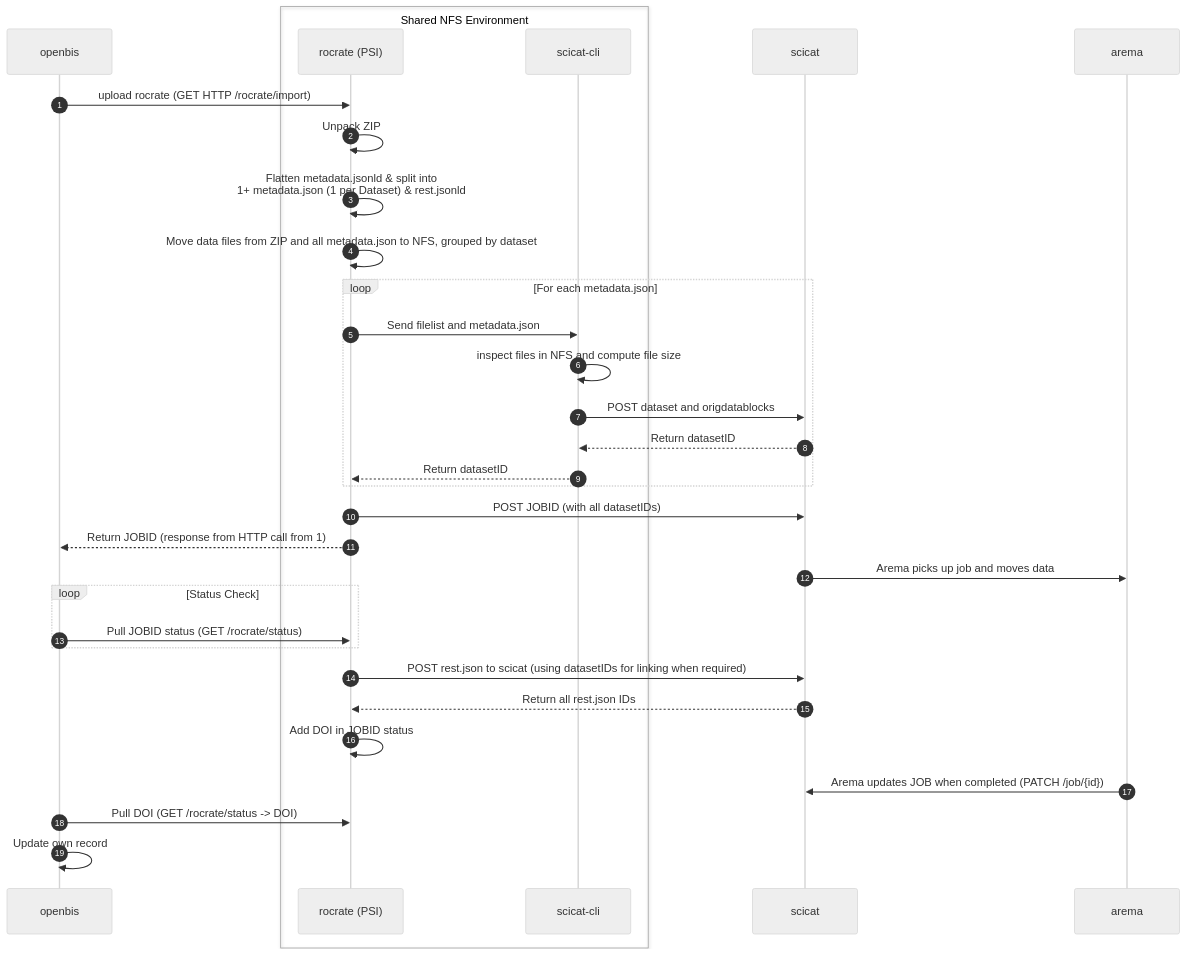
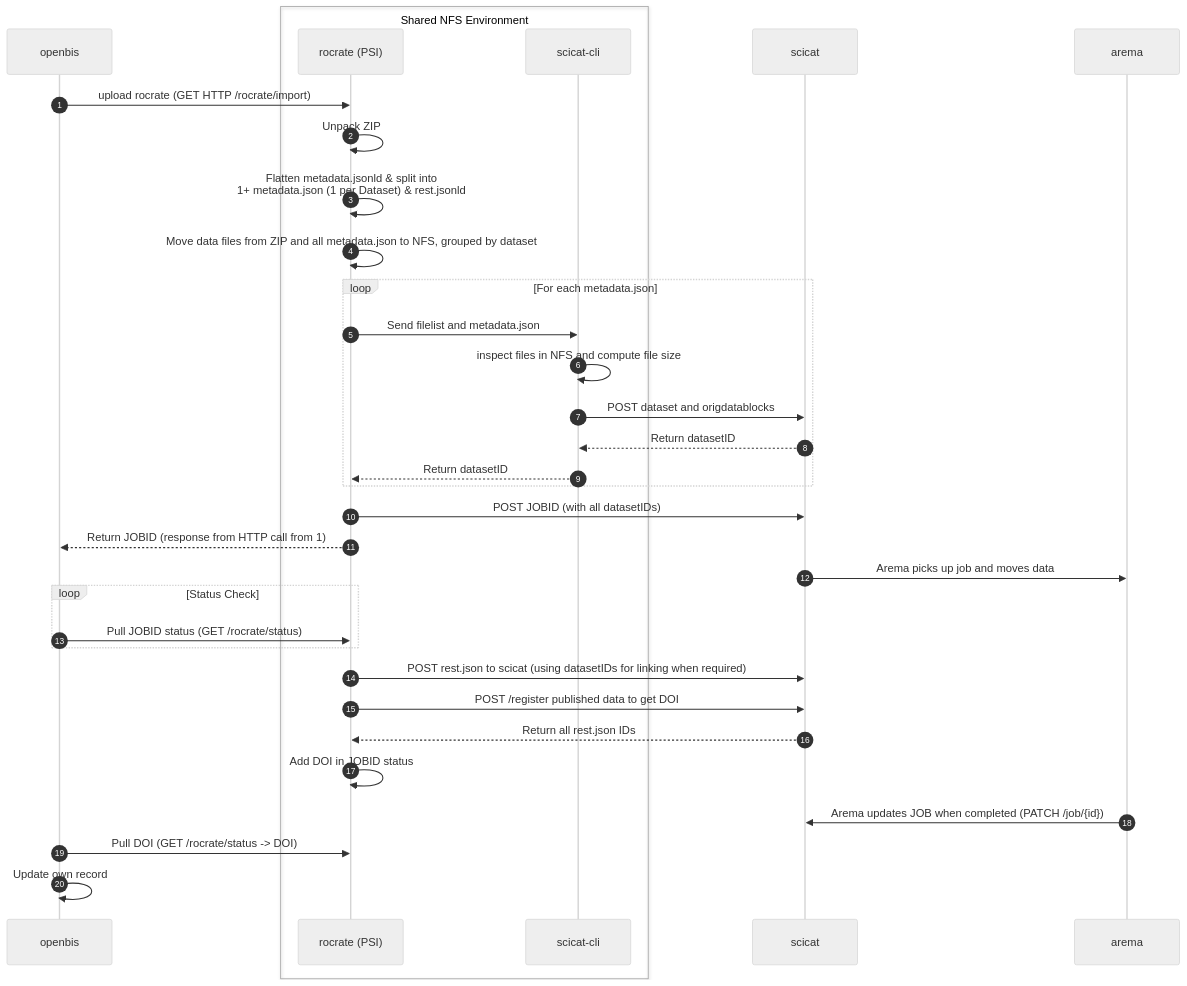
Before and after one commit to paulscherrerinstitute/scicat-rocrate: the diagram in docs/architectures/openbis-scicat.md, drawn with Mermaid (neutral theme).

Commit message:
Add register endpoint

````diff
--- a/docs/architectures/openbis-scicat.md
+++ b/docs/architectures/openbis-scicat.md
@@ -3,43 +3,44 @@
 ```mermaid
 sequenceDiagram
     autonumber
     participant openbis
 
     %% The box visually groups them as sharing the same environment
     box Transparent Shared NFS Environment
     participant rocrate as rocrate (PSI)
     participant scicat-cli
     end
 
     participant scicat
     participant arema
 
     openbis->>rocrate: upload rocrate (GET HTTP /rocrate/import)
     rocrate->>rocrate: Unpack ZIP
     rocrate->>rocrate: Flatten metadata.jsonld & split into<br/>1+ metadata.json (1 per Dataset) & rest.jsonld
     rocrate->>rocrate: Move data files from ZIP and all metadata.json to NFS, grouped by dataset
 
     loop For each metadata.json
         rocrate->>scicat-cli: Send filelist and metadata.json
         scicat-cli->>scicat-cli: inspect files in NFS and compute file size
         scicat-cli->>scicat: POST dataset and origdatablocks
         scicat-->>scicat-cli: Return datasetID
         scicat-cli-->>rocrate: Return datasetID
     end
 
     rocrate->>scicat: POST JOBID (with all datasetIDs)
     rocrate-->>openbis: Return JOBID (response from HTTP call from 1)
     scicat->>arema: Arema picks up job and moves data
 
     loop Status Check
         openbis->>rocrate: Pull JOBID status (GET /rocrate/status)
     end
 
     rocrate->>scicat: POST rest.json to scicat (using datasetIDs for linking when required)
+    rocrate->>scicat: POST /register published data to get DOI
     scicat-->>rocrate: Return all rest.json IDs
     rocrate->>rocrate: Add DOI in JOBID status
 
     arema->>scicat: Arema updates JOB when completed (PATCH /job/{id})
     openbis->>rocrate: Pull DOI (GET /rocrate/status -> DOI)
     openbis->>openbis: Update own record
 ```
````
